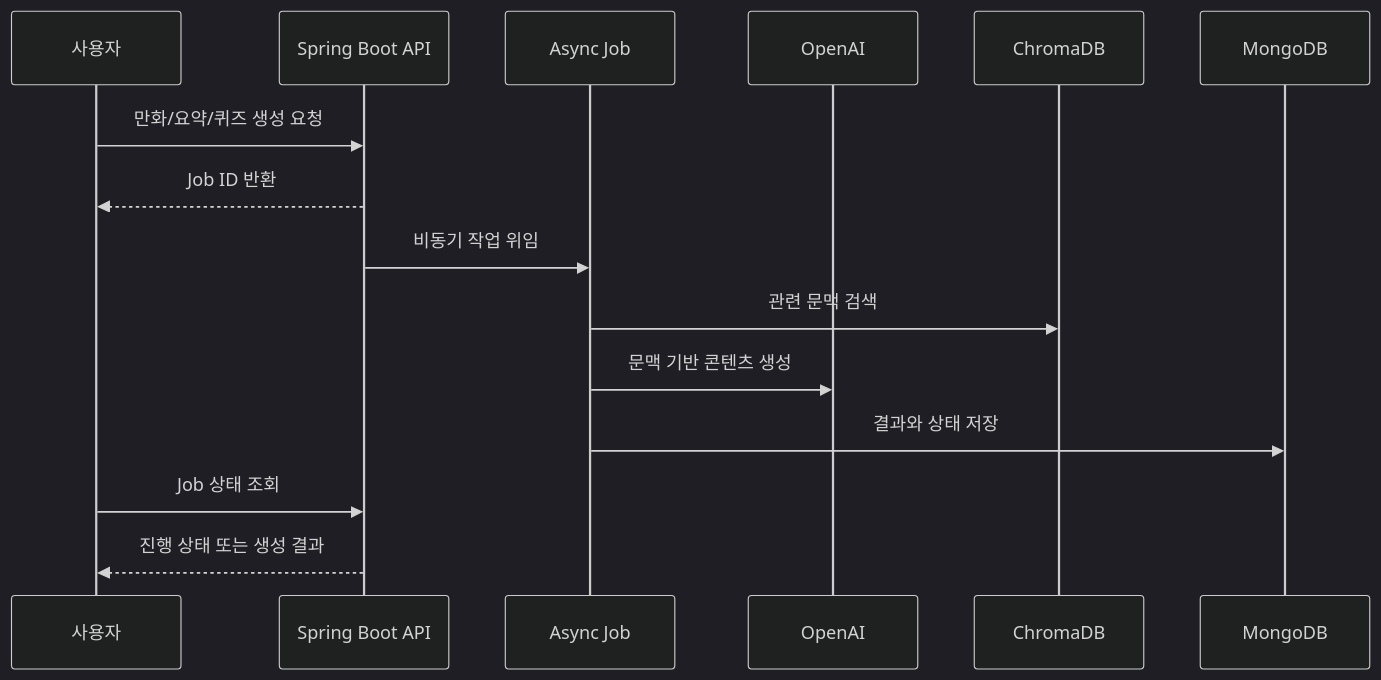
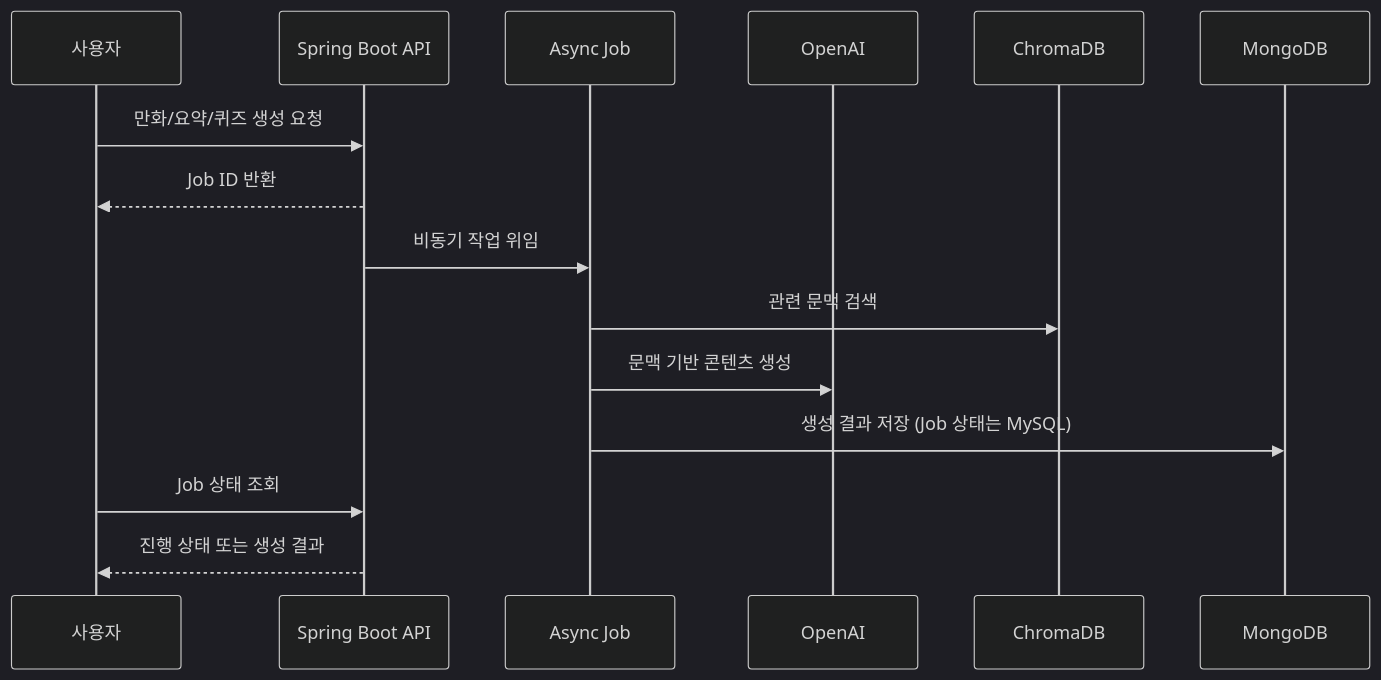
One commit to Sungw0o/Booktown-V2 changed the second of 5 diagrams in README.md. Above: the diagram before and after it, drawn with Mermaid (dark theme). The commit also changed other lines of this file, not shown here.

````diff
--- a/README.md
+++ b/README.md
@@ -30,18 +112,18 @@
 ```mermaid
 sequenceDiagram
     participant User as 사용자
     participant API as Spring Boot API
     participant Job as Async Job
     participant OpenAI as OpenAI
     participant Chroma as ChromaDB
     participant Mongo as MongoDB
 
     User->>API: 만화/요약/퀴즈 생성 요청
     API-->>User: Job ID 반환
     API->>Job: 비동기 작업 위임
     Job->>Chroma: 관련 문맥 검색
     Job->>OpenAI: 문맥 기반 콘텐츠 생성
-    Job->>Mongo: 결과와 상태 저장
+    Job->>Mongo: 생성 결과 저장 (Job 상태는 MySQL)
     User->>API: Job 상태 조회
     API-->>User: 진행 상태 또는 생성 결과
 ```
````
